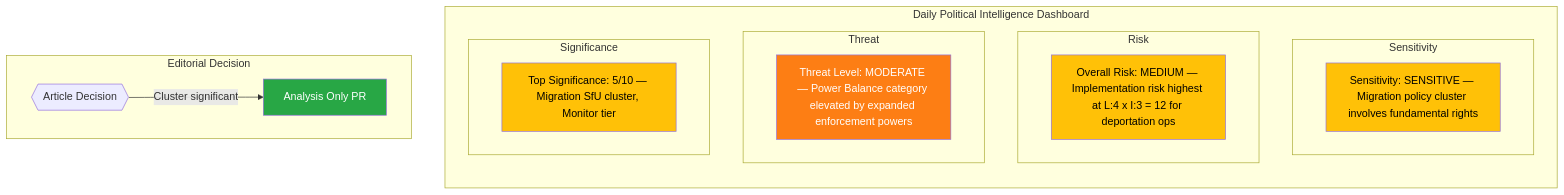
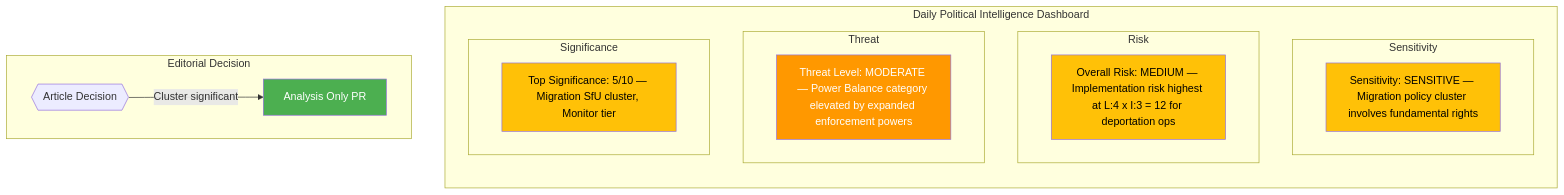
One commit to Hack23/riksdagsmonitor changed the first of 2 diagrams in analysis/daily/2026-04-10/realtime-1424/synthesis-summary.md. Above: the diagram before and after it, drawn with Mermaid. The commit also changed other lines of this file and 785 other files, not shown here.

First line of the commit message:
Normalize mermaid colors across 786 analysis artifacts to ISMS Style Guide palette

````diff
--- a/analysis/daily/2026-04-10/realtime-1424/synthesis-summary.md
+++ b/analysis/daily/2026-04-10/realtime-1424/synthesis-summary.md
@@ -20,29 +20,29 @@
 ```mermaid
 graph TD
     subgraph "Daily Political Intelligence Dashboard"
         direction TB
         subgraph "Sensitivity"
             CLS["Sensitivity: SENSITIVE — Migration policy cluster involves fundamental rights"]
         end
         subgraph "Risk"
             RSK["Overall Risk: MEDIUM — Implementation risk highest at L:4 x I:3 = 12 for deportation ops"]
         end
         subgraph "Threat"
             THR["Threat Level: MODERATE — Power Balance category elevated by expanded enforcement powers"]
         end
         subgraph "Significance"
             SIG["Top Significance: 5/10 — Migration SfU cluster, Monitor tier"]
         end
     end
 
     subgraph "Editorial Decision"
         DEC{{"Article Decision"}}
         DEC -->|"Cluster significant"| MON["Analysis Only PR"]
     end
 
-    style CLS fill:#ffc107,color:#000
-    style RSK fill:#ffc107,color:#000
-    style THR fill:#fd7e14,color:#fff
-    style SIG fill:#ffc107,color:#000
-    style MON fill:#28a745,color:#fff
+    style CLS fill:#FFC107,color:#000000
+    style RSK fill:#FFC107,color:#000000
+    style THR fill:#FF9800,color:#FFFFFF
+    style SIG fill:#FFC107,color:#000000
+    style MON fill:#4CAF50,color:#FFFFFF
 ```
````
